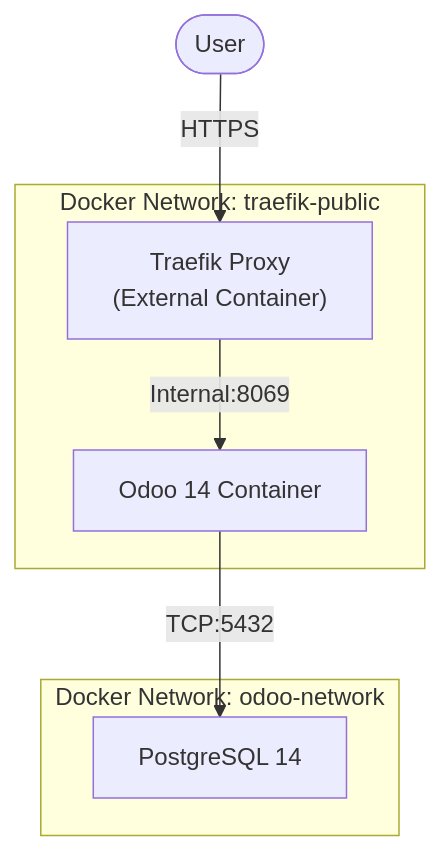
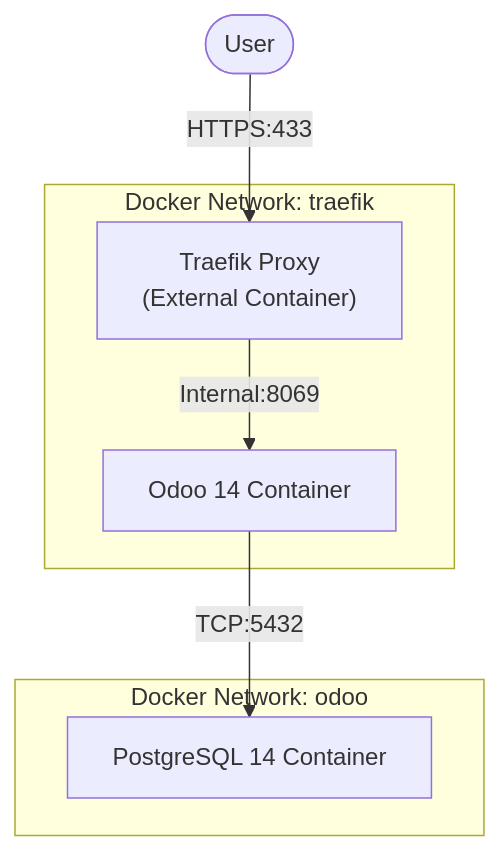
The first of 2 diagrams in README.md (naufalseira/odoo-14), drawn with Mermaid before and after one commit. The commit also changed other lines of this file, not shown here.

Commit message:
Update Mermaid Diagram

````diff
--- a/README.md
+++ b/README.md
@@ -21,10 +21,11 @@
 ```mermaid
 graph TD
-    User([User]) -->|HTTPS| Traefik["Traefik Proxy\n(External Container)"]
-    subgraph "Docker Network: traefik-public"
+    User([User]) -->|HTTPS:433| Traefik["Traefik Proxy
+    (External Container)"]
+    subgraph "Docker Network: traefik"
         Traefik -->|Internal:8069| Odoo[Odoo 14 Container]
     end
-    subgraph "Docker Network: odoo-network"
-        Odoo -->|TCP:5432| DB[PostgreSQL 14]
+    subgraph "Docker Network: odoo"
+        Odoo -->|TCP:5432| DB[PostgreSQL 14 Container]
     end
 ```
````
